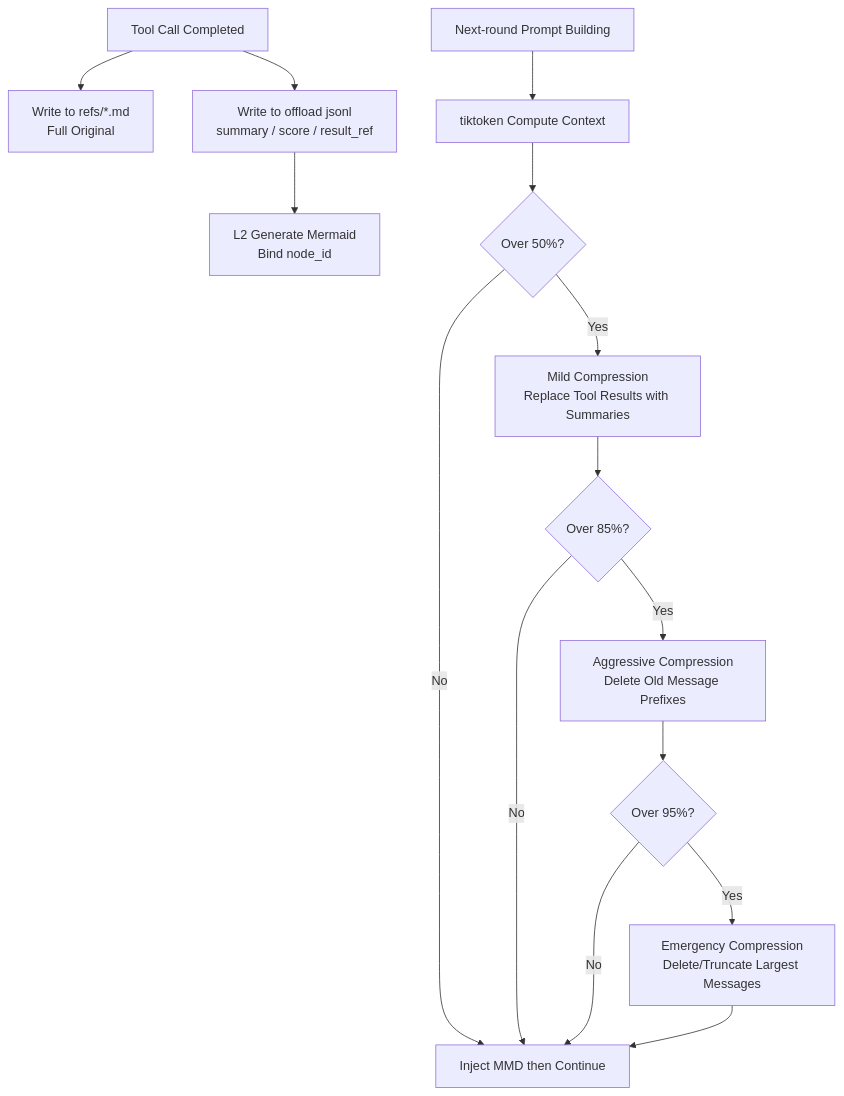
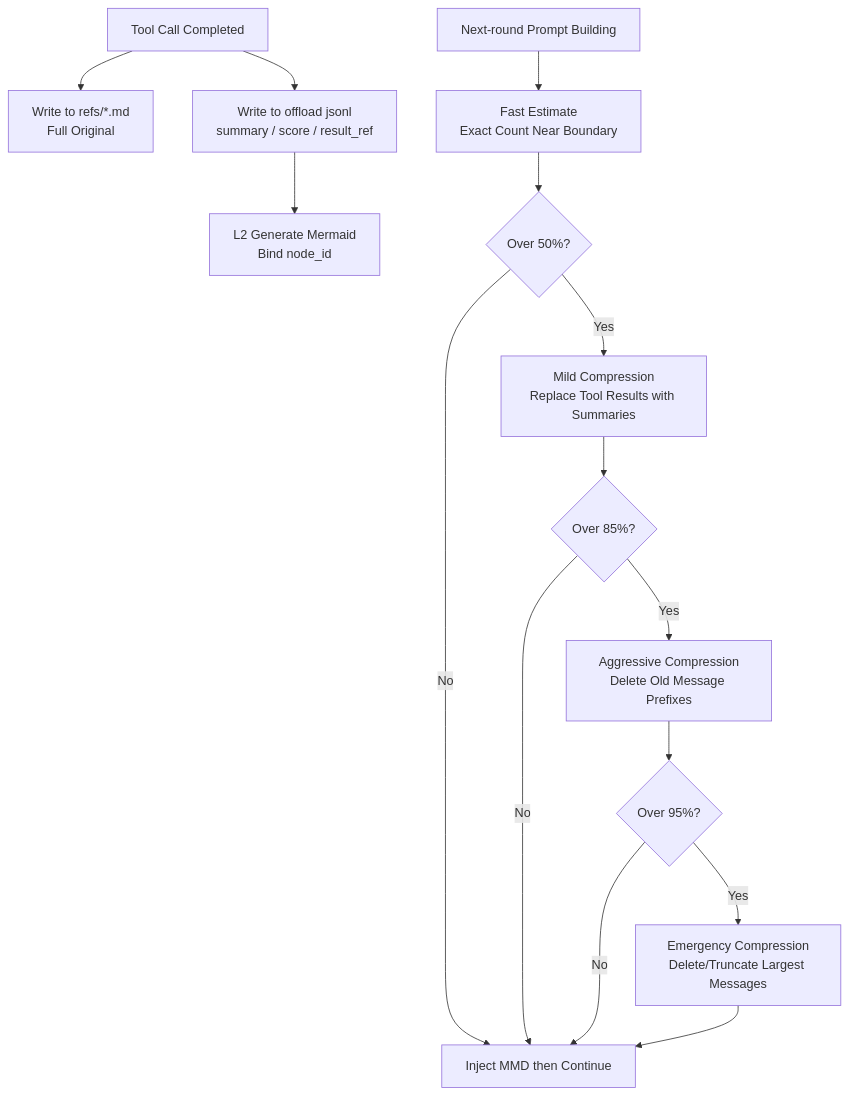
One commit to PorunC/interview changed the sixth of 20 diagrams in 问题/05-英文面试/三项目与Agent系统设计-英文.md. Above: the diagram before and after it, drawn with Mermaid. The commit also changed other lines of this file and 6 other files, not shown here.

````diff
--- a/问题/05-英文面试/三项目与Agent系统设计-英文.md
+++ b/问题/05-英文面试/三项目与Agent系统设计-英文.md
@@ -251,18 +251,18 @@
 ```mermaid
 flowchart TD
     Tool["Tool Call Completed"] --> Ref["Write to refs/*.md<br/>Full Original"]
     Tool --> Entry["Write to offload jsonl<br/>summary / score / result_ref"]
     Entry --> L2["L2 Generate Mermaid<br/>Bind node_id"]
 
-    Msg["Next-round Prompt Building"] --> Count["tiktoken Compute Context"]
+    Msg["Next-round Prompt Building"] --> Count["Fast Estimate<br/>Exact Count Near Boundary"]
     Count --> Mild{"Over 50%?"}
     Mild -- Yes --> Replace["Mild Compression<br/>Replace Tool Results with Summaries"]
     Replace --> Agg{"Over 85%?"}
     Mild -- No --> Inject["Inject MMD then Continue"]
     Agg -- Yes --> Delete["Aggressive Compression<br/>Delete Old Message Prefixes"]
     Agg -- No --> Inject
     Delete --> Emer{"Over 95%?"}
     Emer -- Yes --> Emergency["Emergency Compression<br/>Delete/Truncate Largest Messages"]
     Emer -- No --> Inject
     Emergency --> Inject
 ```
````
